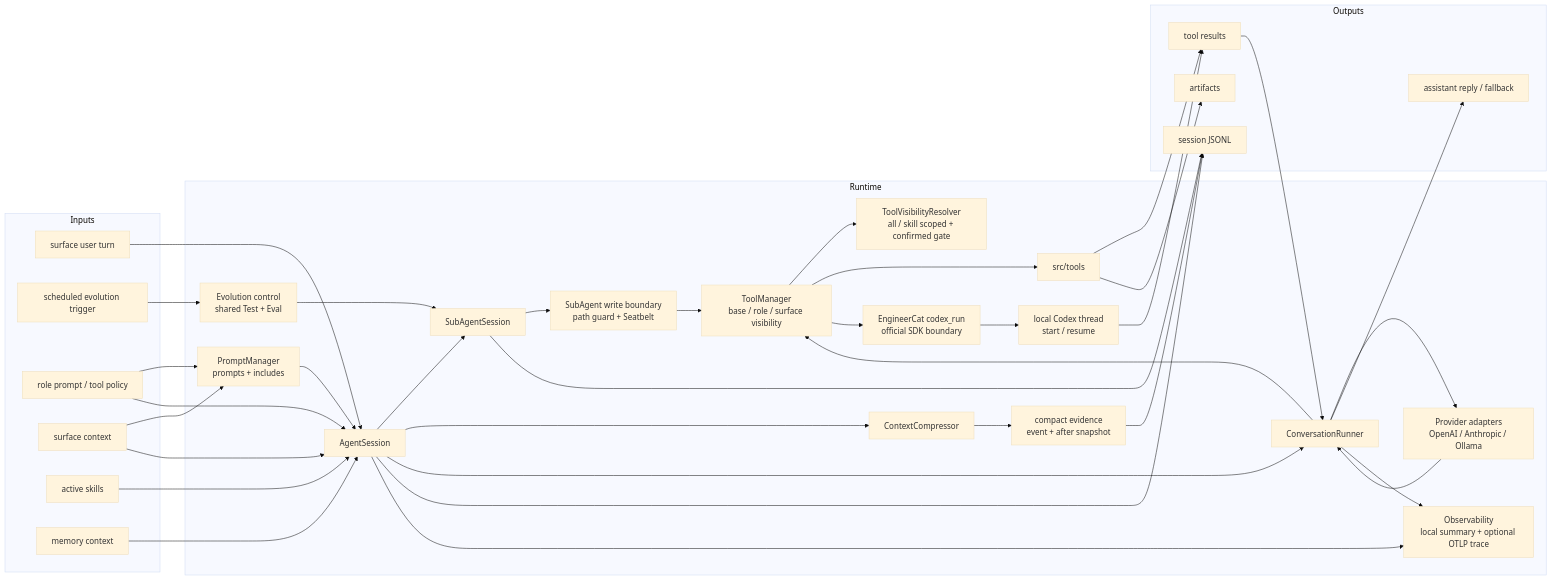
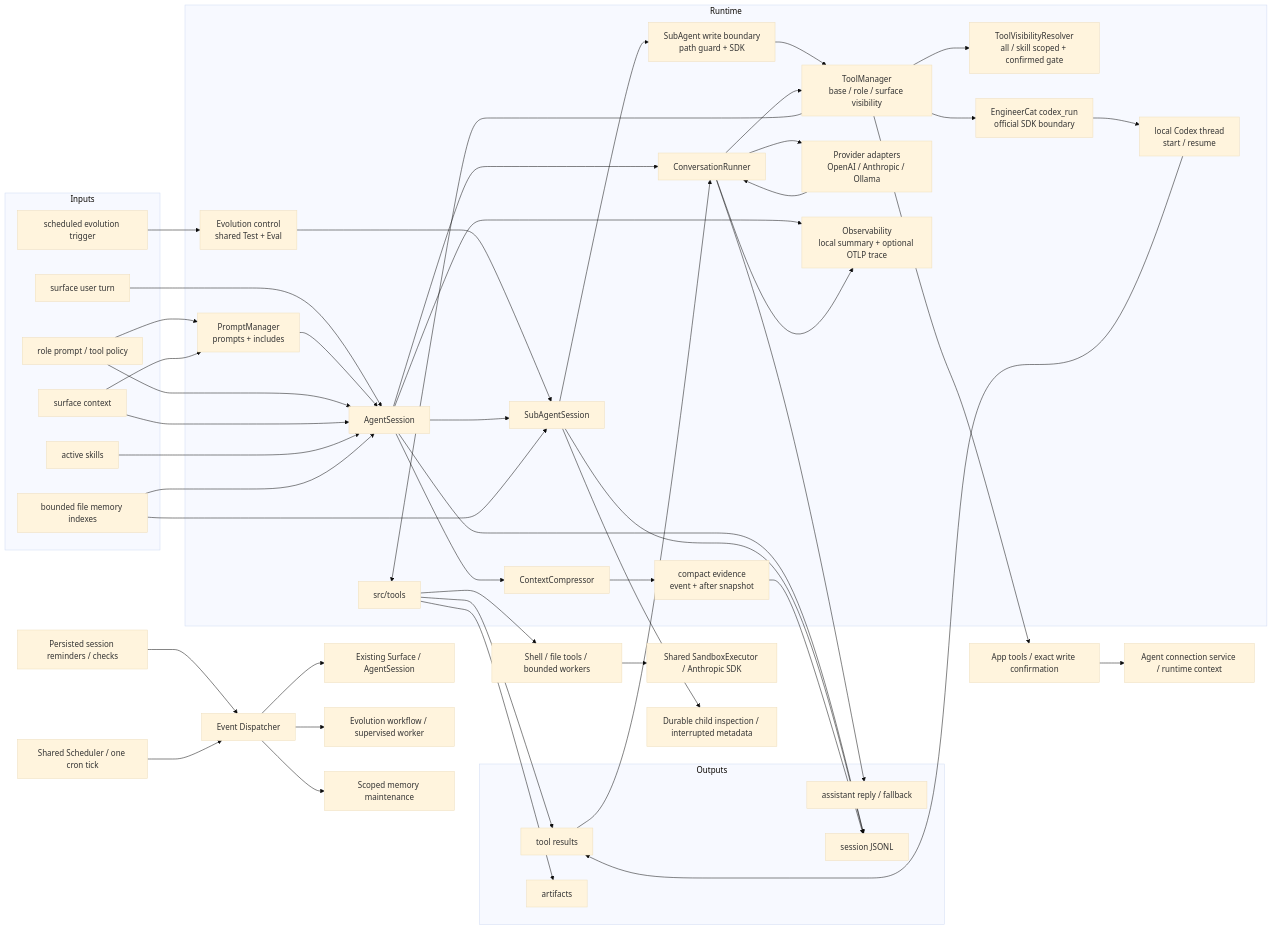
One commit to fightheyyy/xiaobaOS changed the first of 2 diagrams in docs/agent-runtime/SPEC.md. Above: the diagram before and after it, drawn with Mermaid (base theme). The commit also changed other lines of this file and 129 other files, not shown here.

Commit message:
feat: add personal agent events, memory, connectors and sandbox runtime

````diff
--- a/docs/agent-runtime/SPEC.md
+++ b/docs/agent-runtime/SPEC.md
@@ -57,70 +57,81 @@
 ```mermaid
 flowchart LR
+    Tools --> Execution["Shell / file tools / bounded workers"]
+    Execution --> Sandbox["Shared SandboxExecutor / Anthropic SDK"]
+    ToolManager --> AppTools["App tools / exact write confirmation"]
+    AppTools --> AppService["Agent connection service / runtime context"]
+    SessionTimer["Persisted session reminders / checks"] --> ScheduledEvents
+    ScheduledEvents --> SessionWake["Existing Surface / AgentSession"]
+    DailyScheduler["Shared Scheduler / one cron tick"] --> ScheduledEvents["Event Dispatcher"]
+    ScheduledEvents --> EvolutionConsumer["Evolution workflow / supervised worker"]
+    ScheduledEvents --> MemoryConsumer["Scoped memory maintenance"]
     subgraph Inputs["Inputs"]
         SurfaceTurn["surface user turn"]
         EvolutionTrigger["scheduled evolution trigger"]
         RolePolicy["role prompt / tool policy"]
         SurfaceContext["surface context"]
         SkillPolicy["active skills"]
-        Memory["memory context"]
+        Memory["bounded file memory indexes"]
     end
 
     subgraph Runtime["Runtime"]
         Session["AgentSession"]
         Subagent["SubAgentSession"]
         PromptManager["PromptManager<br/>prompts + includes"]
         Compressor["ContextCompressor"]
         Runner["ConversationRunner"]
         Provider["Provider adapters<br/>OpenAI / Anthropic / Ollama"]
         ToolManager["ToolManager<br/>base / role / surface visibility"]
         Visibility["ToolVisibilityResolver<br/>all / skill scoped + confirmed gate"]
         Tools["src/tools"]
         Observability["Observability<br/>local summary + optional OTLP trace"]
         CompactEvidence["compact evidence<br/>event + after snapshot"]
         EvolutionControl["Evolution control<br/>shared Test + Eval"]
-        WriteBoundary["SubAgent write boundary<br/>path guard + Seatbelt"]
+        WriteBoundary["SubAgent write boundary<br/>path guard + SDK"]
         CodexAdapter["EngineerCat codex_run<br/>official SDK boundary"]
         CodexThread["local Codex thread<br/>start / resume"]
     end
 
     subgraph Outputs["Outputs"]
         Reply["assistant reply / fallback"]
         ToolResults["tool results"]
         SessionLog["session JSONL"]
         Artifacts["artifacts"]
     end
 
     SurfaceTurn --> Session
     EvolutionTrigger --> EvolutionControl
     EvolutionControl --> Subagent
     Session --> Subagent
+    Subagent --> ChildJournal["Durable child inspection / interrupted metadata"]
     Subagent --> WriteBoundary
     WriteBoundary --> ToolManager
     RolePolicy --> PromptManager
     SurfaceContext --> PromptManager
     PromptManager --> Session
     RolePolicy --> Session
     SurfaceContext --> Session
     SkillPolicy --> Session
     Memory --> Session
+    Memory --> Subagent
     Session --> Compressor
     Compressor --> CompactEvidence
     Session --> Runner
     Runner --> Provider
     Provider --> Runner
     Runner --> ToolManager
     ToolManager --> Visibility
     ToolManager --> Tools
     ToolManager --> CodexAdapter
     CodexAdapter --> CodexThread
     CodexThread --> ToolResults
     Tools --> ToolResults
     ToolResults --> Runner
     Runner --> Reply
     Session --> SessionLog
     Subagent --> SessionLog
     Tools --> Artifacts
     Session --> Observability
     Runner --> Observability
     CompactEvidence --> SessionLog
 ```
````
